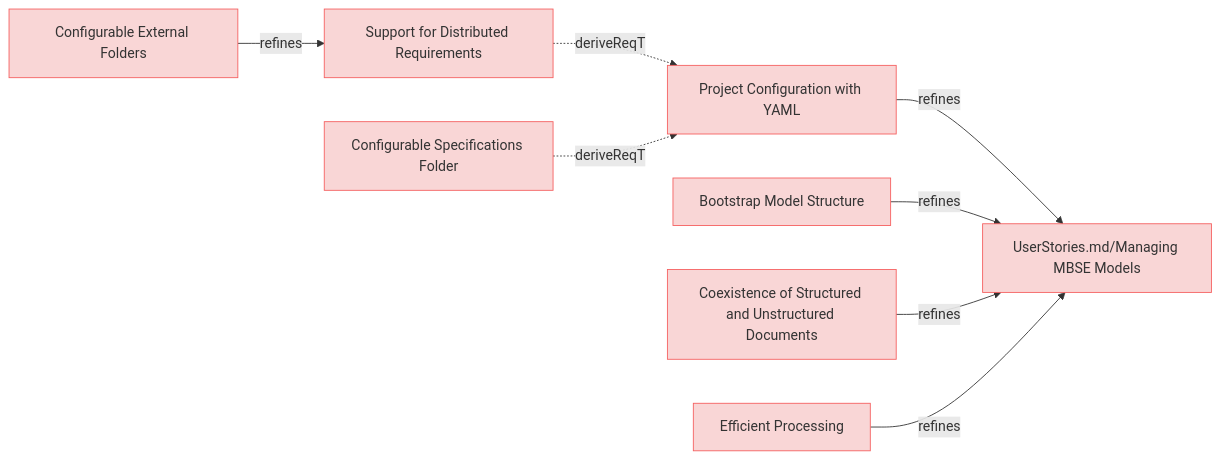
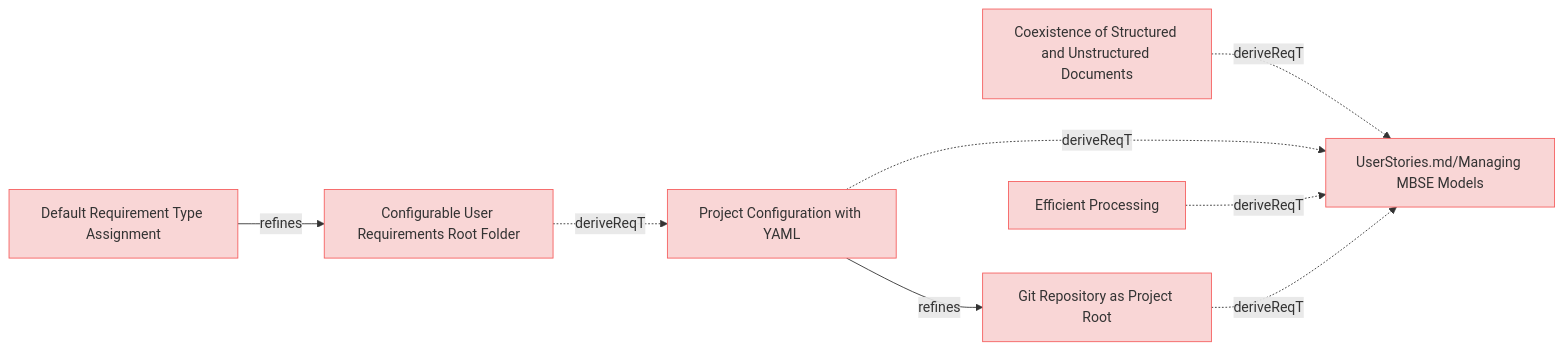
The diagram in specifications/ManagingMbseModelsRequirements.md (reqvire-org/reqvire), drawn with Mermaid before and after one commit. The commit also changed other lines of this file and 72 other files, not shown here.

Commit message:
Major rework of the logic in reqvire. It uses git repository root as root folder and everything else is relative to it. External folders and specifications folder concept has been deprecated.

````diff
--- a/specifications/ManagingMbseModelsRequirements.md
+++ b/specifications/ManagingMbseModelsRequirements.md
@@ -4,40 +4,37 @@
 ```mermaid
 graph LR;
   %% Graph styling
   classDef requirement fill:#f9d6d6,stroke:#f55f5f,stroke-width:1px;
   classDef verification fill:#d6f9d6,stroke:#5fd75f,stroke-width:1px;
   classDef externalLink fill:#d0e0ff,stroke:#3080ff,stroke-width:1px;
   classDef default fill:#f5f5f5,stroke:#333333,stroke-width:1px;
 
-  b3ef0fb91572bcf0["Project Configuration with YAML"];
-  click b3ef0fb91572bcf0 "https://github.com/Reqvire/reqvire/blob/ad88ba6b828e94c93382866fefd058c011c1ac60/specifications/ManagingMbseModelsRequirements.md#project-configuration-with-yaml";
-  class b3ef0fb91572bcf0 requirement;
+  da5831ca85881025["Coexistence of Structured and Unstructured Documents"];
+  click da5831ca85881025 "ManagingMbseModelsRequirements.md#coexistence-of-structured-and-unstructured-documents";
+  class da5831ca85881025 requirement;
   c75ac8fa29479ca5["UserStories.md/Managing MBSE Models"];
   class c75ac8fa29479ca5 requirement;
-  click c75ac8fa29479ca5 "https://github.com/Reqvire/reqvire/blob/ad88ba6b828e94c93382866fefd058c011c1ac60/specifications/UserStories.md#managing-mbse-models";
-  b3ef0fb91572bcf0 -->|refines| c75ac8fa29479ca5;
-  fa4727bd969c48f8["Bootstrap Model Structure"];
-  click fa4727bd969c48f8 "https://github.com/Reqvire/reqvire/blob/ad88ba6b828e94c93382866fefd058c011c1ac60/specifications/ManagingMbseModelsRequirements.md#bootstrap-model-structure";
-  class fa4727bd969c48f8 requirement;
-  fa4727bd969c48f8 -->|refines| c75ac8fa29479ca5;
-  c4d5865187c53ce6["Support for Distributed Requirements"];
-  click c4d5865187c53ce6 "https://github.com/Reqvire/reqvire/blob/ad88ba6b828e94c93382866fefd058c011c1ac60/specifications/ManagingMbseModelsRequirements.md#support-for-distributed-requirements";
-  class c4d5865187c53ce6 requirement;
-  c4d5865187c53ce6 -.->|deriveReqT| b3ef0fb91572bcf0;
-  da5831ca85881025["Coexistence of Structured and Unstructured Documents"];
-  click da5831ca85881025 "https://github.com/Reqvire/reqvire/blob/ad88ba6b828e94c93382866fefd058c011c1ac60/specifications/ManagingMbseModelsRequirements.md#coexistence-of-structured-and-unstructured-documents";
-  class da5831ca85881025 requirement;
-  da5831ca85881025 -->|refines| c75ac8fa29479ca5;
-  87e38ccb52188638["Configurable Specifications Folder"];
-  click 87e38ccb52188638 "https://github.com/Reqvire/reqvire/blob/ad88ba6b828e94c93382866fefd058c011c1ac60/specifications/ManagingMbseModelsRequirements.md#configurable-specifications-folder";
-  class 87e38ccb52188638 requirement;
-  87e38ccb52188638 -.->|deriveReqT| b3ef0fb91572bcf0;
+  click c75ac8fa29479ca5 "UserStories.md#managing-mbse-models";
+  da5831ca85881025 -.->|deriveReqT| c75ac8fa29479ca5;
+  82d6413dc779c791["Configurable User Requirements Root Folder"];
+  click 82d6413dc779c791 "ManagingMbseModelsRequirements.md#configurable-user-requirements-root-folder";
+  class 82d6413dc779c791 requirement;
+  b3ef0fb91572bcf0["Project Configuration with YAML"];
+  class b3ef0fb91572bcf0 requirement;
+  click b3ef0fb91572bcf0 "ManagingMbseModelsRequirements.md#project-configuration-with-yaml";
+  82d6413dc779c791 -.->|deriveReqT| b3ef0fb91572bcf0;
+  103e5403ec1d2f3c["Default Requirement Type Assignment"];
+  click 103e5403ec1d2f3c "ManagingMbseModelsRequirements.md#default-requirement-type-assignment";
+  class 103e5403ec1d2f3c requirement;
+  103e5403ec1d2f3c -->|refines| 82d6413dc779c791;
+  b3ef0fb91572bcf0 -.->|deriveReqT| c75ac8fa29479ca5;
+  b166738857fe340f["Git Repository as Project Root"];
+  class b166738857fe340f requirement;
+  click b166738857fe340f "ManagingMbseModelsRequirements.md#git-repository-as-project-root";
+  b3ef0fb91572bcf0 -->|refines| b166738857fe340f;
   386d7b145d008870["Efficient Processing"];
-  click 386d7b145d008870 "https://github.com/Reqvire/reqvire/blob/ad88ba6b828e94c93382866fefd058c011c1ac60/specifications/ManagingMbseModelsRequirements.md#efficient-processing";
+  click 386d7b145d008870 "ManagingMbseModelsRequirements.md#efficient-processing";
   class 386d7b145d008870 requirement;
-  386d7b145d008870 -->|refines| c75ac8fa29479ca5;
-  b9c9d1bf19e76fc["Configurable External Folders"];
-  click b9c9d1bf19e76fc "https://github.com/Reqvire/reqvire/blob/ad88ba6b828e94c93382866fefd058c011c1ac60/specifications/ManagingMbseModelsRequirements.md#configurable-external-folders";
-  class b9c9d1bf19e76fc requirement;
-  b9c9d1bf19e76fc -->|refines| c4d5865187c53ce6;
+  386d7b145d008870 -.->|deriveReqT| c75ac8fa29479ca5;
+  b166738857fe340f -.->|deriveReqT| c75ac8fa29479ca5;
 ```
````
